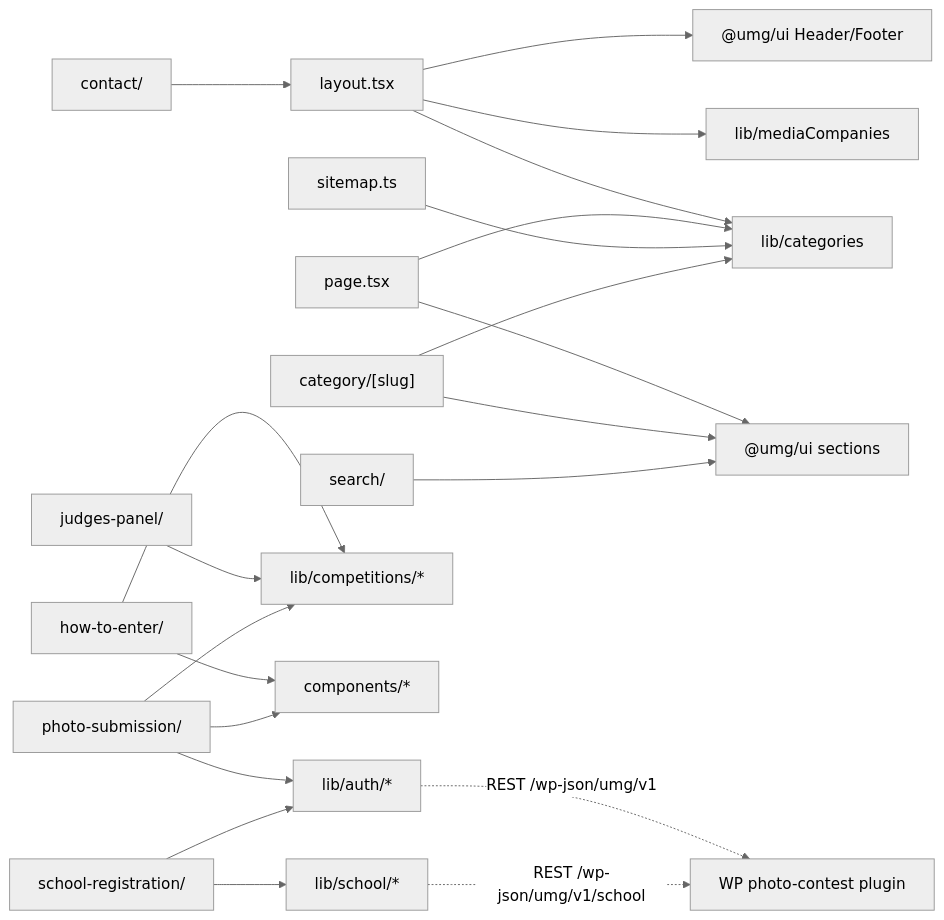
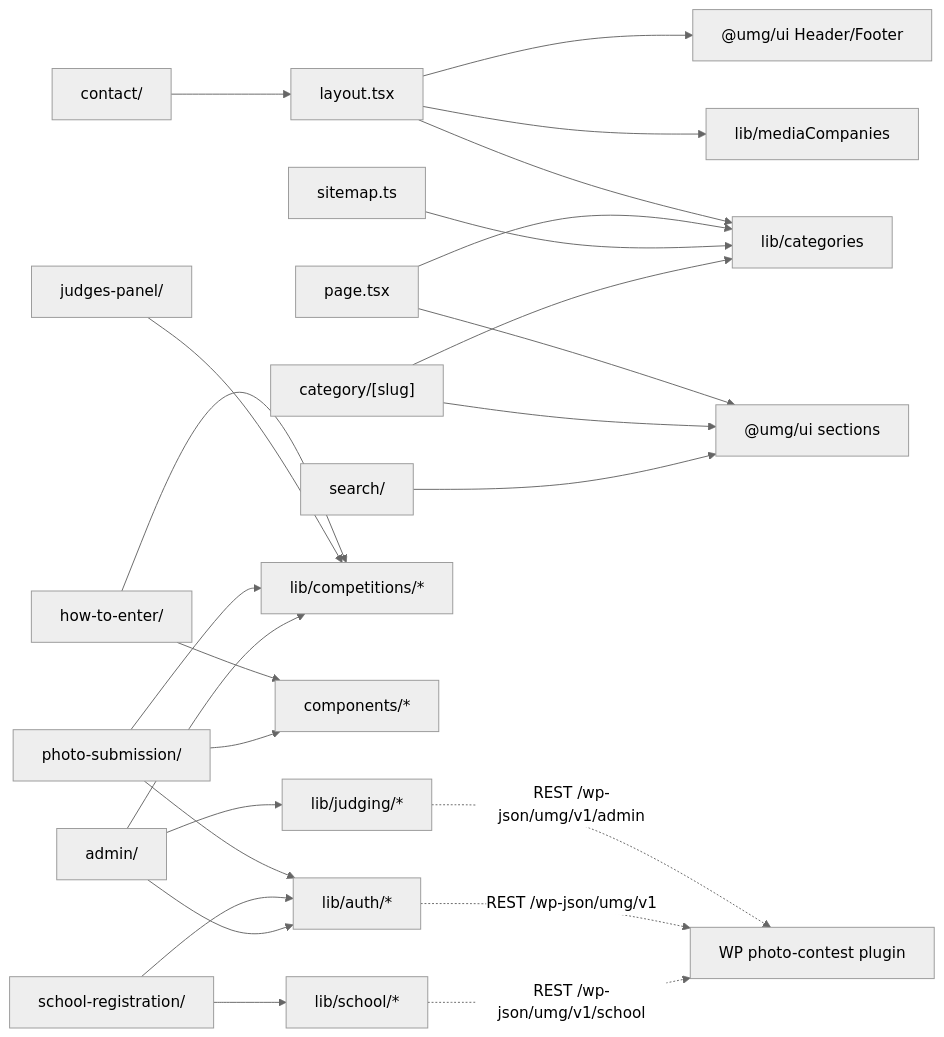
One commit to huuaho/umg-headless changed the diagram in docs/codebase/apps/umg/app/README.md. Above: the diagram before and after it, drawn with Mermaid (neutral theme). The commit also changed other lines of this file and 64 other files, not shown here.

````diff
--- a/docs/codebase/apps/umg/app/README.md
+++ b/docs/codebase/apps/umg/app/README.md
@@ -25,23 +26,27 @@
 ```mermaid
 graph LR
   layout["layout.tsx"] --> cats["lib/categories"]
   layout --> mc["lib/mediaCompanies"]
   layout --> ui["@umg/ui Header/Footer"]
   home["page.tsx"] --> cats
   home --> ui2["@umg/ui sections"]
   sitemap["sitemap.ts"] --> cats
   contact["contact/"] --> layout
   category["category/[slug]"] --> cats
   category --> ui2
   search["search/"] --> ui2
   hte["how-to-enter/"] --> comp["lib/competitions/*"]
   hte --> cmp["components/*"]
   jp["judges-panel/"] --> comp
   ps["photo-submission/"] --> auth["lib/auth/*"]
   ps --> comp
   ps --> cmp
   sr["school-registration/"] --> auth
   sr --> schoolLib["lib/school/*"]
+  admin["admin/"] --> auth
+  admin --> judging["lib/judging/*"]
+  admin --> comp
+  judging -.REST /wp-json/umg/v1/admin.-> plugin
   auth -.REST /wp-json/umg/v1.-> plugin["WP photo-contest plugin"]
   schoolLib -.REST /wp-json/umg/v1/school.-> plugin
 ```
````
